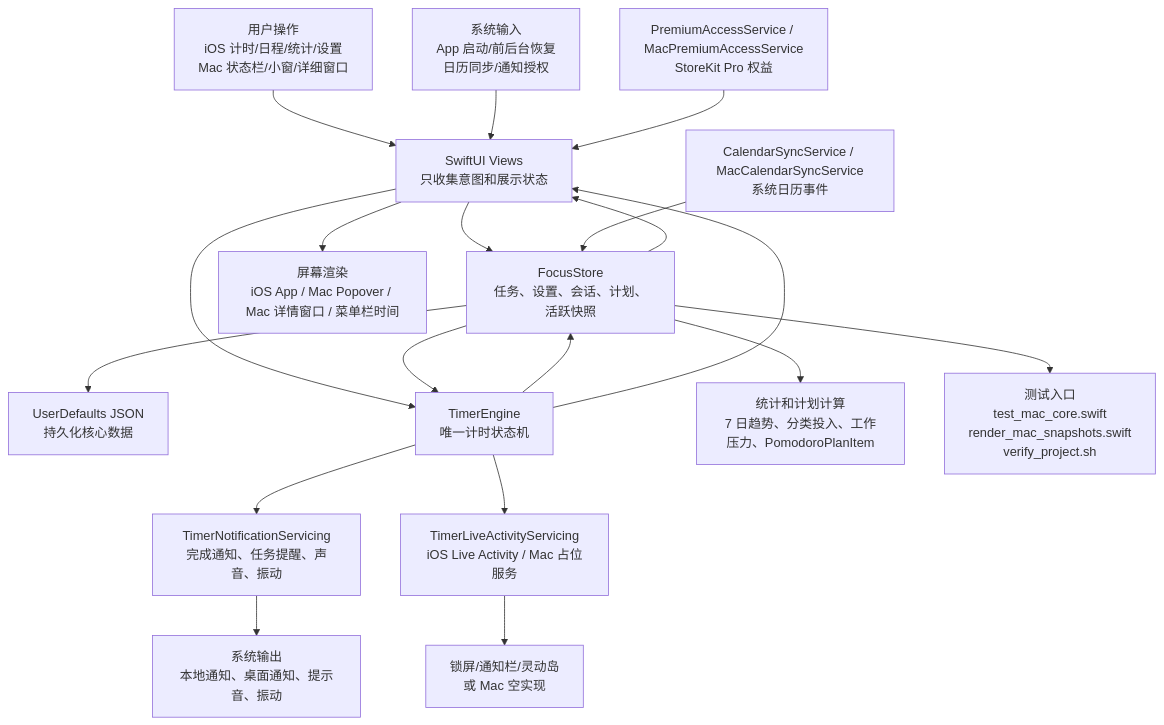
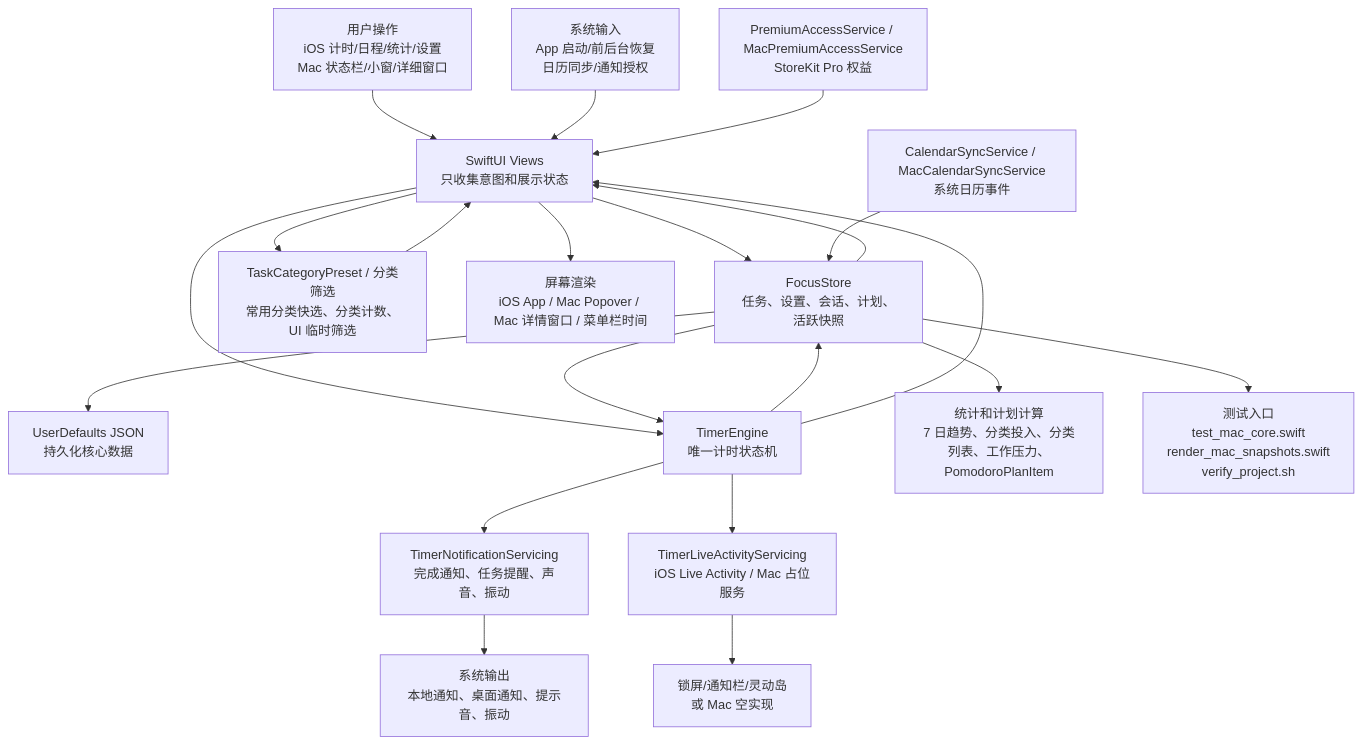
The first of 5 diagrams in md/flow/flowchart.md (Altman-sam114/114), drawn with Mermaid before and after one commit. The commit also changed other lines of this file and 12 other files, not shown here.

````diff
--- a/md/flow/flowchart.md
+++ b/md/flow/flowchart.md
@@ -9,21 +9,23 @@
 ```mermaid
 flowchart TD
   U["用户操作<br/>iOS 计时/日程/统计/设置<br/>Mac 状态栏/小窗/详细窗口"] --> V["SwiftUI Views<br/>只收集意图和展示状态"]
   SYS["系统输入<br/>App 启动/前后台恢复<br/>日历同步/通知授权"] --> V
   V --> S["FocusStore<br/>任务、设置、会话、计划、活跃快照"]
+  V --> CAT["TaskCategoryPreset / 分类筛选<br/>常用分类快选、分类计数、UI 临时筛选"]
+  CAT --> V
   S --> P["UserDefaults JSON<br/>持久化核心数据"]
   V --> E["TimerEngine<br/>唯一计时状态机"]
   S --> E
   E --> S
   E --> N["TimerNotificationServicing<br/>完成通知、任务提醒、声音、振动"]
   E --> L["TimerLiveActivityServicing<br/>iOS Live Activity / Mac 占位服务"]
-  S --> C["统计和计划计算<br/>7 日趋势、分类投入、工作压力、PomodoroPlanItem"]
+  S --> C["统计和计划计算<br/>7 日趋势、分类投入、分类列表、工作压力、PomodoroPlanItem"]
   CAL["CalendarSyncService / MacCalendarSyncService<br/>系统日历事件"] --> S
   PRO["PremiumAccessService / MacPremiumAccessService<br/>StoreKit Pro 权益"] --> V
   S --> V
   E --> V
   V --> OUT["屏幕渲染<br/>iOS App / Mac Popover / Mac 详情窗口 / 菜单栏时间"]
   N --> OUT2["系统输出<br/>本地通知、桌面通知、提示音、振动"]
   L --> OUT3["锁屏/通知栏/灵动岛<br/>或 Mac 空实现"]
   S --> T["测试入口<br/>test_mac_core.swift<br/>render_mac_snapshots.swift<br/>verify_project.sh"]
 ```
````
